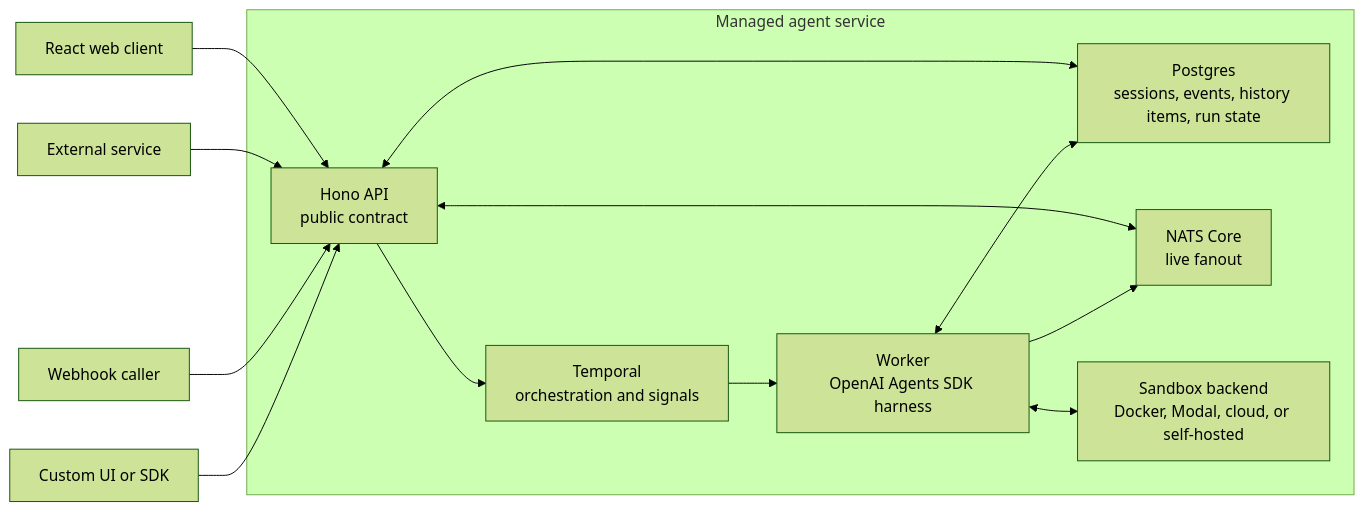
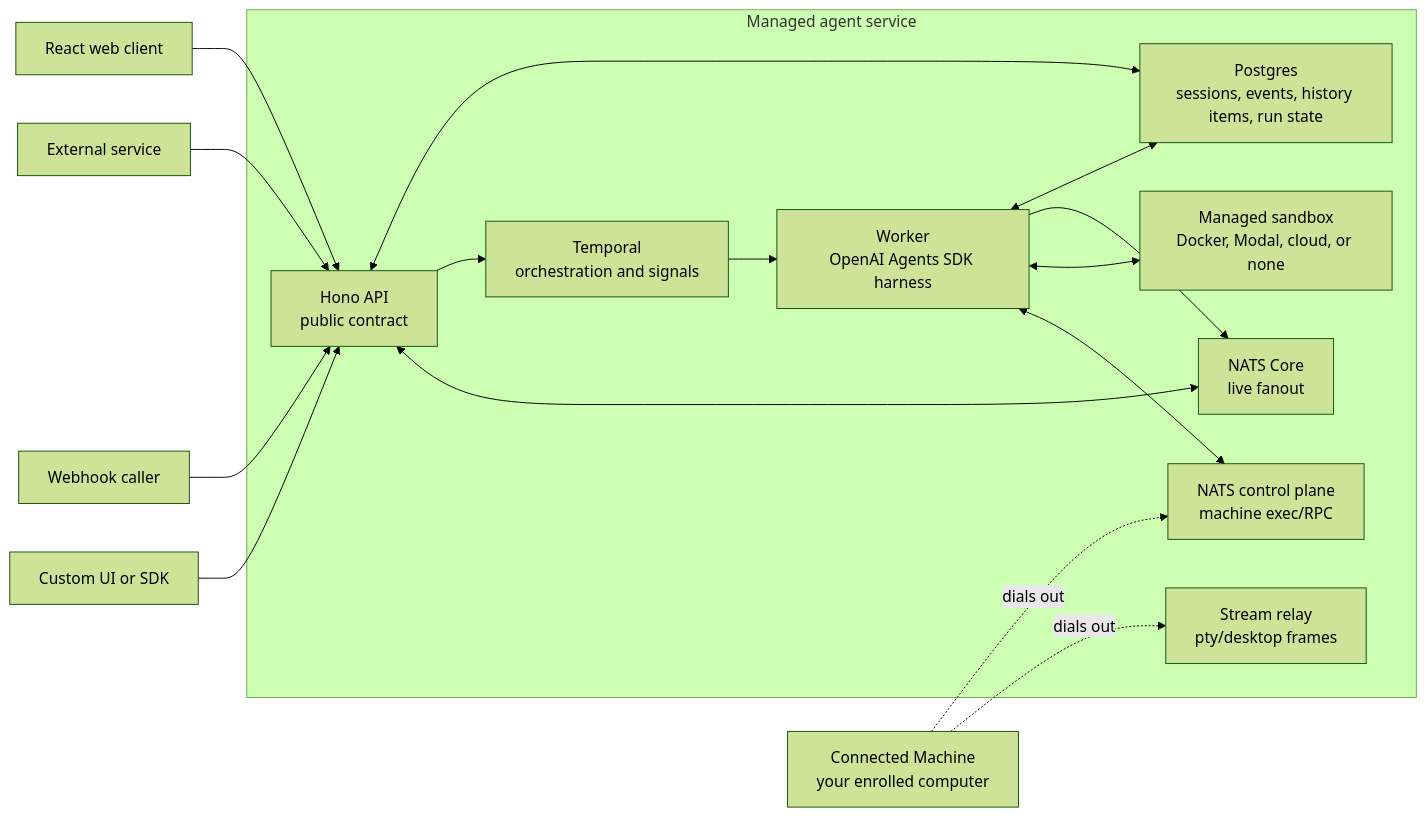
The diagram in README.md (alexanderjacobsen/opengeni), drawn with Mermaid (forest theme) before and after one commit. The commit also changed other lines of this file and 7 other files, not shown here.

````diff
--- a/README.md
+++ b/README.md
@@ -49,28 +52,35 @@
 ```mermaid
 flowchart LR
   Web["React web client"]
   Service["External service"]
   Webhook["Webhook caller"]
   CustomUI["Custom UI or SDK"]
 
   subgraph Managed["Managed agent service"]
     API["Hono API<br/>public contract"]
     DB["Postgres<br/>sessions, events, history items, run state"]
     Temporal["Temporal<br/>orchestration and signals"]
     Worker["Worker<br/>OpenAI Agents SDK harness"]
     NATS["NATS Core<br/>live fanout"]
-    Sandbox["Sandbox backend<br/>Docker, Modal, cloud, or self-hosted"]
+    Control["NATS control plane<br/>machine exec/RPC"]
+    Relay["Stream relay<br/>pty/desktop frames"]
+    Sandbox["Managed sandbox<br/>Docker, Modal, cloud, or none"]
   end
+
+  Machine["Connected Machine<br/>your enrolled computer"]
 
   Web --> API
   Service --> API
   Webhook --> API
   CustomUI --> API
   API <--> DB
   API --> Temporal
   API <--> NATS
   Temporal --> Worker
   Worker <--> DB
   Worker --> NATS
   Worker <--> Sandbox
+  Worker <--> Control
+  Machine -. dials out .-> Control
+  Machine -. dials out .-> Relay
 ```
````
